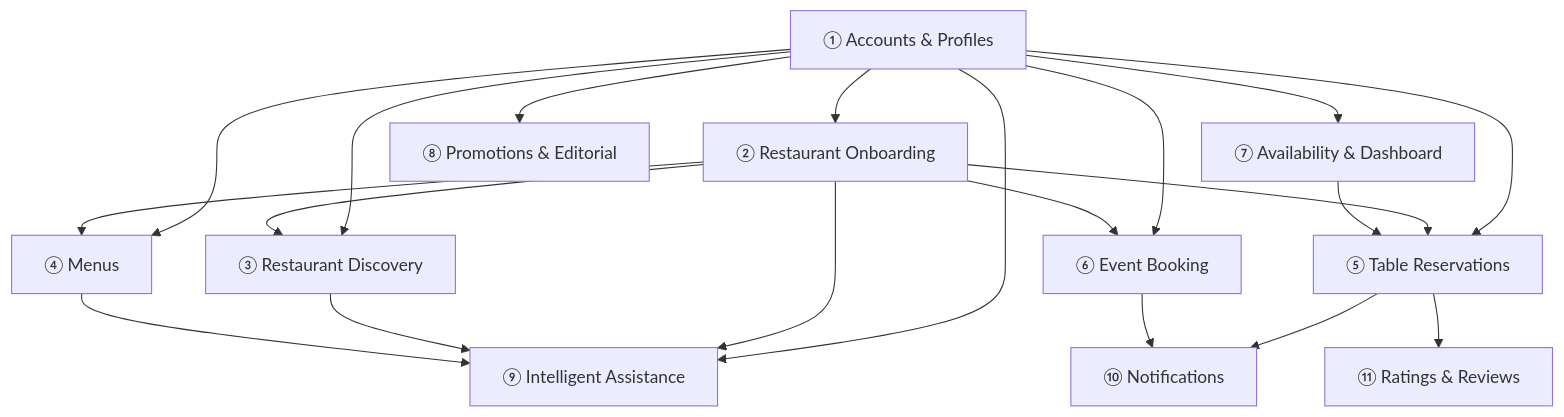
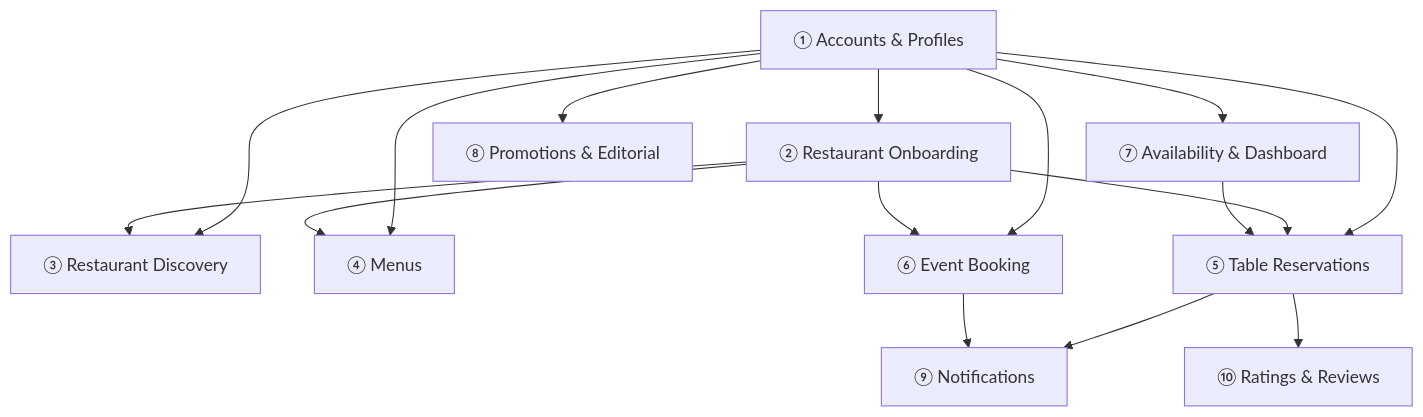
Before and after one commit to HoangCaoPhong/DineVina: the first of 10 diagrams in docs/weekly-reports/Week1/Kien_FunctionalGroups/Kien.md, drawn with Mermaid. The commit also changed other lines of this file and 4 other files, not shown here.

````diff
--- a/docs/weekly-reports/Week1/Kien_FunctionalGroups/Kien.md
+++ b/docs/weekly-reports/Week1/Kien_FunctionalGroups/Kien.md
@@ -42,38 +41,32 @@
 ```mermaid
 flowchart TD
     G1["① Accounts & Profiles"]
     G2["② Restaurant Onboarding"]
     G3["③ Restaurant Discovery"]
     G4["④ Menus"]
     G5["⑤ Table Reservations"]
     G6["⑥ Event Booking"]
     G7["⑦ Availability & Dashboard"]
     G8["⑧ Promotions & Editorial"]
-    G9["⑨ Intelligent Assistance"]
-    G10["⑩ Notifications"]
-    G11["⑪ Ratings & Reviews"]
+    G9["⑨ Notifications"]
+    G10["⑩ Ratings & Reviews"]
 
     G1 --> G2
     G1 --> G3
     G1 --> G4
     G1 --> G5
     G1 --> G6
     G1 --> G7
     G1 --> G8
-    G1 --> G9
 
     G2 --> G3
     G2 --> G4
     G2 --> G5
     G2 --> G6
-    G2 --> G9
 
     G7 --> G5
 
-    G3 --> G9
-    G4 --> G9
-
+    G5 --> G9
+    G6 --> G9
     G5 --> G10
-    G6 --> G10
-    G5 --> G11
 ```
````
